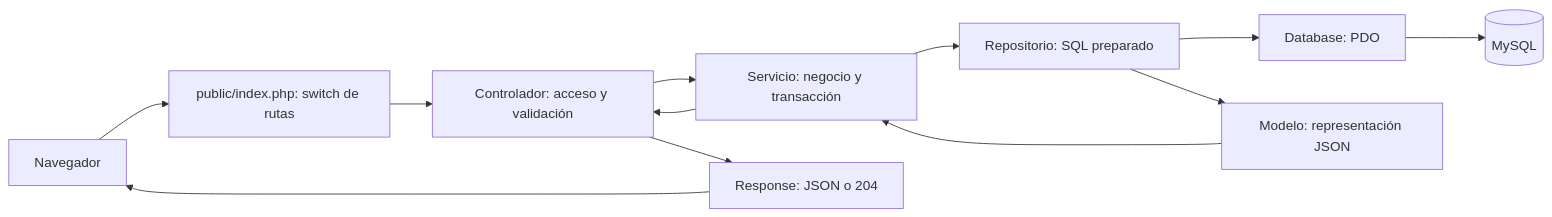
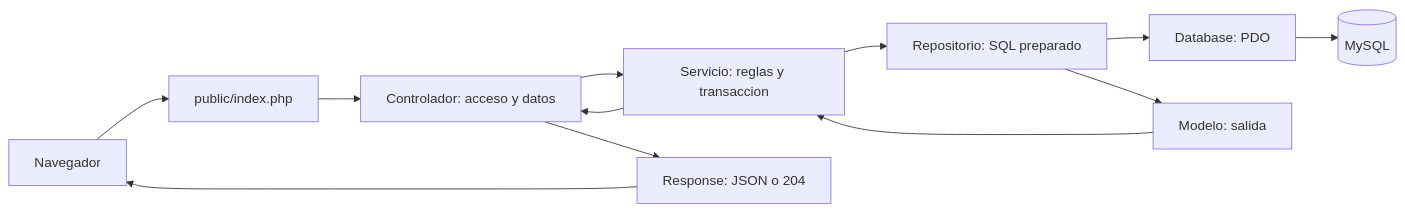
The first of 2 diagrams in docs/administracion_ssoo/arquitectura_propuesta.md (totito19/Proyecto-IMSJ), drawn with Mermaid before and after one commit. The commit also changed other lines of this file and 38 other files, not shown here.

````diff
--- a/docs/administracion_ssoo/arquitectura_propuesta.md
+++ b/docs/administracion_ssoo/arquitectura_propuesta.md
@@ -7,14 +24,14 @@
 ```mermaid
 flowchart LR
-    Navegador --> Entrada[public/index.php: switch de rutas]
-    Entrada --> Controlador[Controlador: acceso y validación]
-    Controlador --> Servicio[Servicio: negocio y transacción]
+    Navegador --> Entrada[public/index.php]
+    Entrada --> Controlador[Controlador: acceso y datos]
+    Controlador --> Servicio[Servicio: reglas y transaccion]
     Servicio --> Repositorio[Repositorio: SQL preparado]
     Repositorio --> PDO[Database: PDO]
     PDO --> MySQL[(MySQL)]
-    Repositorio --> Modelo[Modelo: representación JSON]
+    Repositorio --> Modelo[Modelo: salida]
     Modelo --> Servicio
     Servicio --> Controlador
     Controlador --> Respuesta[Response: JSON o 204]
     Respuesta --> Navegador
 ```
````
